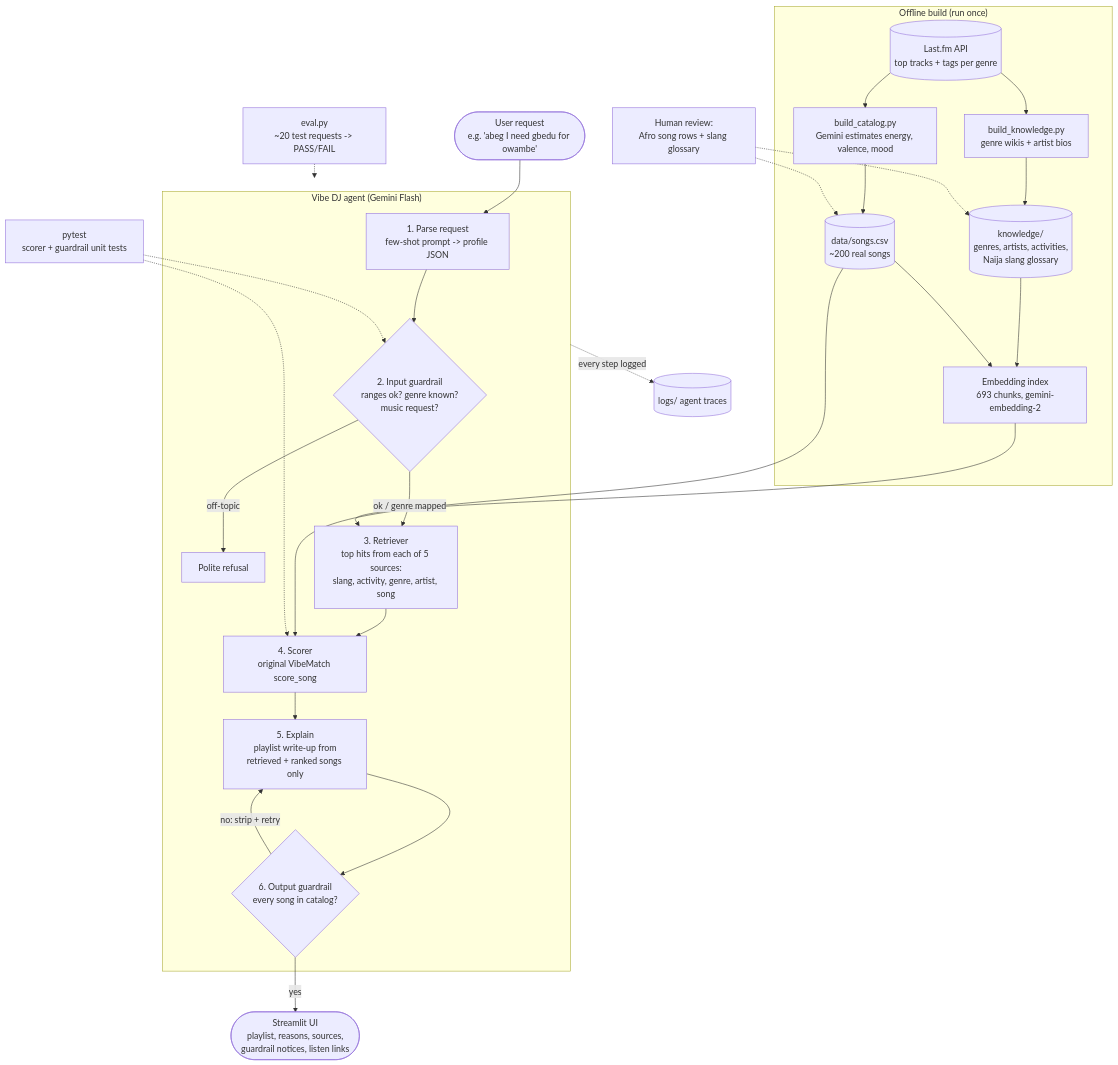
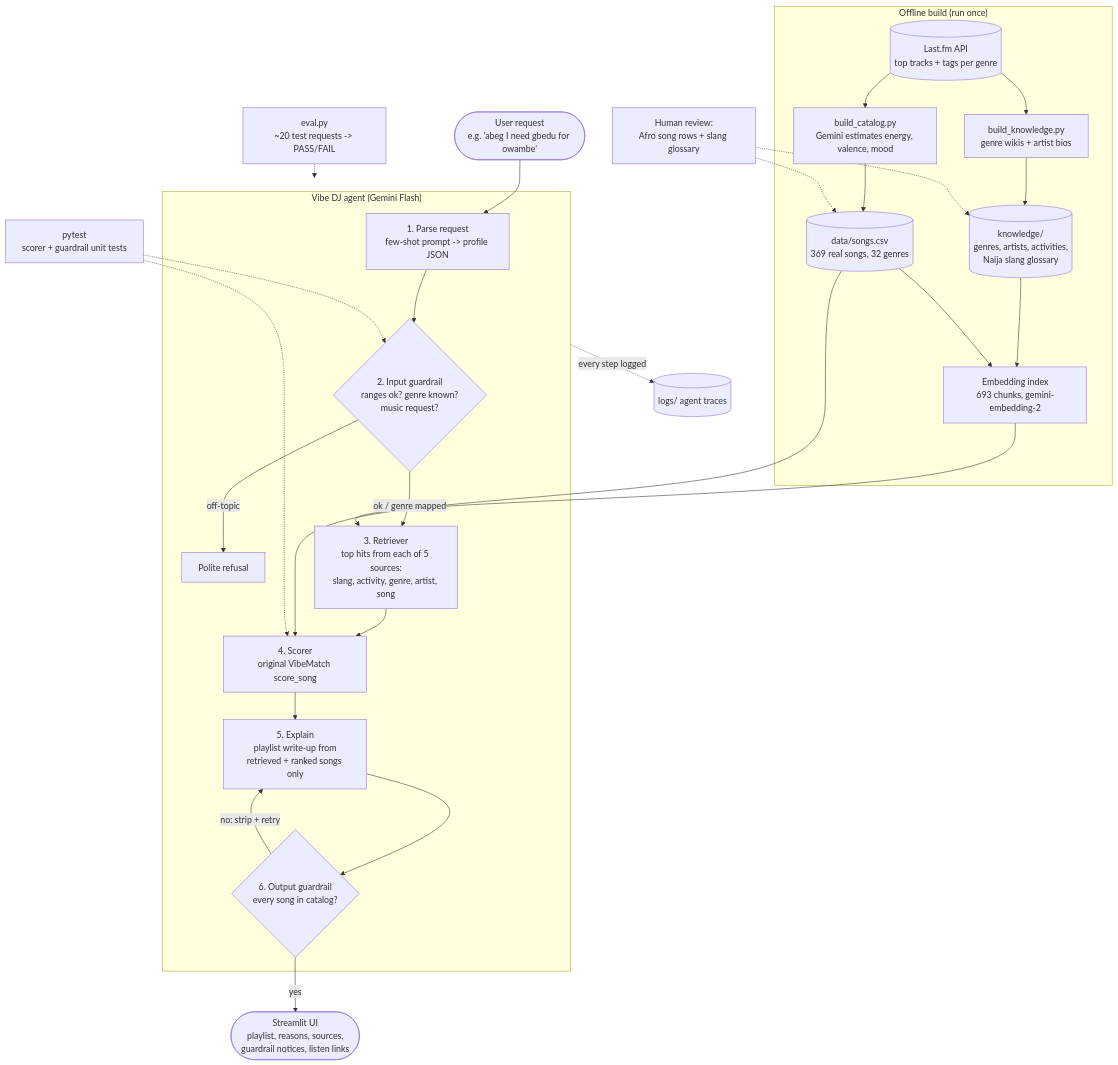
Before and after one commit to codeTMN/applied-ai-system-project: the diagram in diagrams/architecture.mmd, drawn with Mermaid.

Commit message:
Diagram: update catalog size

```diff
--- a/diagrams/architecture.mmd
+++ b/diagrams/architecture.mmd
@@ -1,35 +1,35 @@
 %% Vibe DJ - system architecture (DRAFT: design target, updated as each part is built)
 %% Solid arrows = data flow. Dotted arrows = where humans or tests check the AI.
 flowchart TD
     subgraph BUILD["Offline build (run once)"]
         LFM[("Last.fm API<br/>top tracks + tags per genre")] --> BC["build_catalog.py<br/>Gemini estimates energy, valence, mood"]
-        BC --> CSV[("data/songs.csv<br/>~200 real songs")]
+        BC --> CSV[("data/songs.csv<br/>369 real songs, 32 genres")]
         LFM --> KB["build_knowledge.py<br/>genre wikis + artist bios"]
         KB --> KDOCS
         KDOCS[("knowledge/<br/>genres, artists, activities,<br/>Naija slang glossary")] --> IDX["Embedding index<br/>693 chunks, gemini-embedding-2"]
         CSV --> IDX
     end
 
     USER(["User request<br/>e.g. 'abeg I need gbedu for owambe'"]) --> PARSE
 
     subgraph AGENT["Vibe DJ agent (Gemini Flash)"]
         PARSE["1. Parse request<br/>few-shot prompt -> profile JSON"] --> GIN{"2. Input guardrail<br/>ranges ok? genre known?<br/>music request?"}
         GIN -- off-topic --> REFUSE["Polite refusal"]
         GIN -- ok / genre mapped --> RET["3. Retriever<br/>top hits from each of 5 sources:<br/>slang, activity, genre, artist, song"]
         RET --> SCORE["4. Scorer<br/>original VibeMatch score_song"]
         SCORE --> EXPLAIN["5. Explain<br/>playlist write-up from<br/>retrieved + ranked songs only"]
         EXPLAIN --> GOUT{"6. Output guardrail<br/>every song in catalog?"}
         GOUT -- no: strip + retry --> EXPLAIN
     end
 
     IDX --> RET
     CSV --> SCORE
     GOUT -- yes --> OUT(["Streamlit UI<br/>playlist, reasons, sources,<br/>guardrail notices, listen links"])
 
     AGENT -. every step logged .-> LOGS[("logs/ agent traces")]
 
     HUMAN1["Human review:<br/>Afro song rows + slang glossary"] -.-> CSV
     HUMAN1 -.-> KDOCS
     EVAL["eval.py<br/>~20 test requests -> PASS/FAIL"] -.-> AGENT
     TESTS["pytest<br/>scorer + guardrail unit tests"] -.-> SCORE
     TESTS -.-> GIN
```
